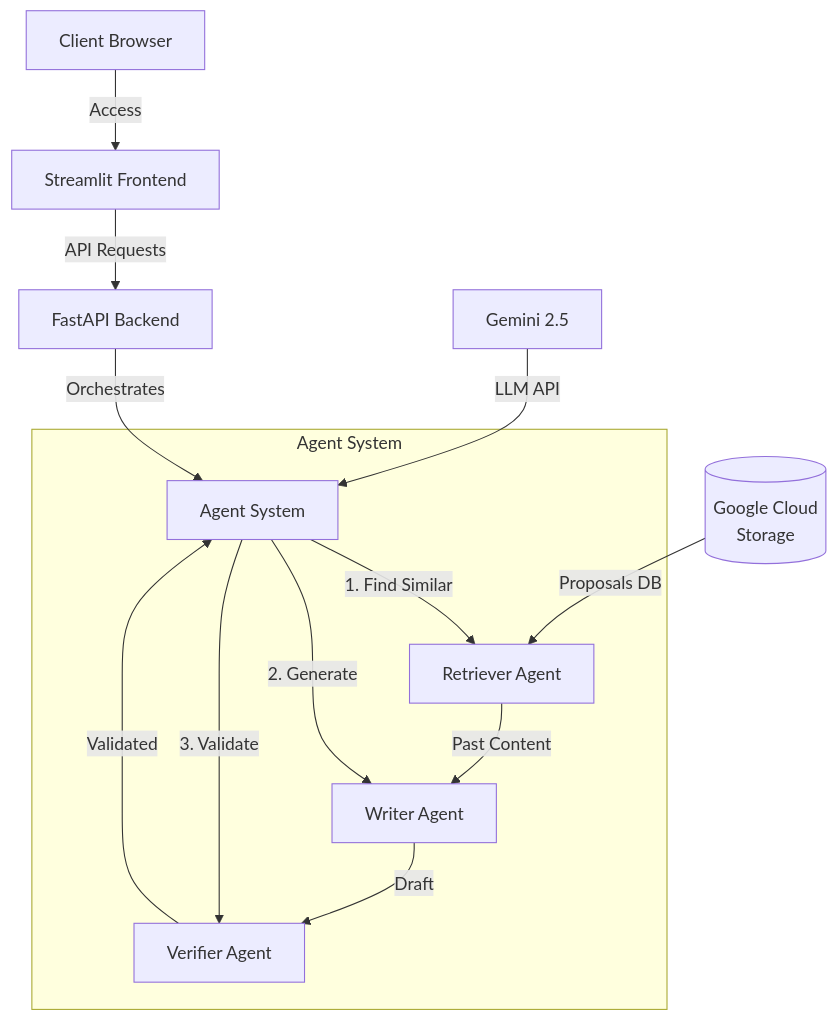
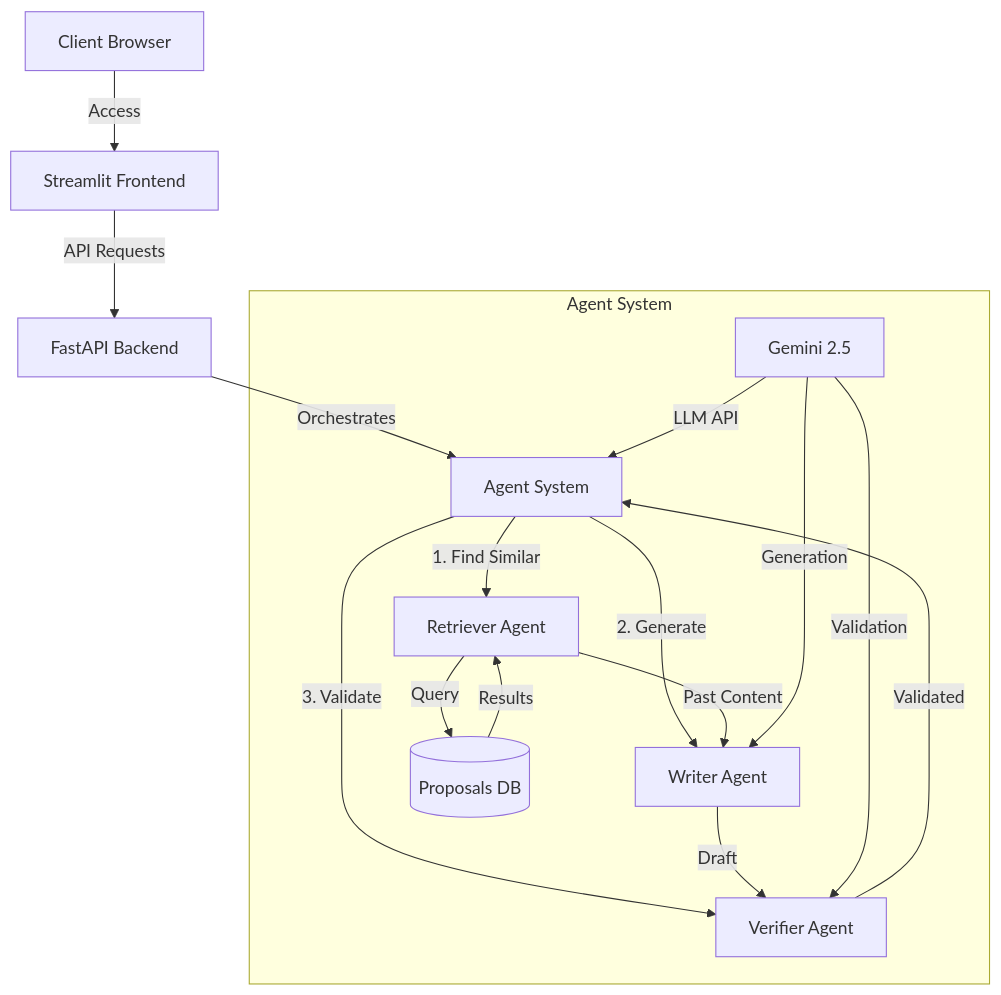
Before and after one commit to nerdy1texan/Propulse: the diagram in README.md, drawn with Mermaid. The commit also changed other lines of this file and 2 other files, not shown here.

````diff
--- a/README.md
+++ b/README.md
@@ -7,18 +7,22 @@
 ```mermaid
 graph TD
     A[Client Browser] -->|Access| B[Streamlit Frontend]
     B -->|API Requests| C[FastAPI Backend]
     C -->|Orchestrates| D[Agent System]
     
     subgraph "Agent System"
         D -->|1. Find Similar| E[Retriever Agent]
         D -->|2. Generate| F[Writer Agent]
         D -->|3. Validate| G[Verifier Agent]
         E -->|Past Content| F
         F -->|Draft| G
         G -->|Validated| D
+        
+        E -->|Query| DB[(Proposals DB)]
+        DB -->|Results| E
+        
+        API[Gemini 2.5] -->|LLM API| D
+        API -->|Generation| F
+        API -->|Validation| G
     end
-    
-    H[(Google Cloud<br/>Storage)] -->|Proposals DB| E
-    I[Gemini 2.5] -->|LLM API| D
 ```
````
